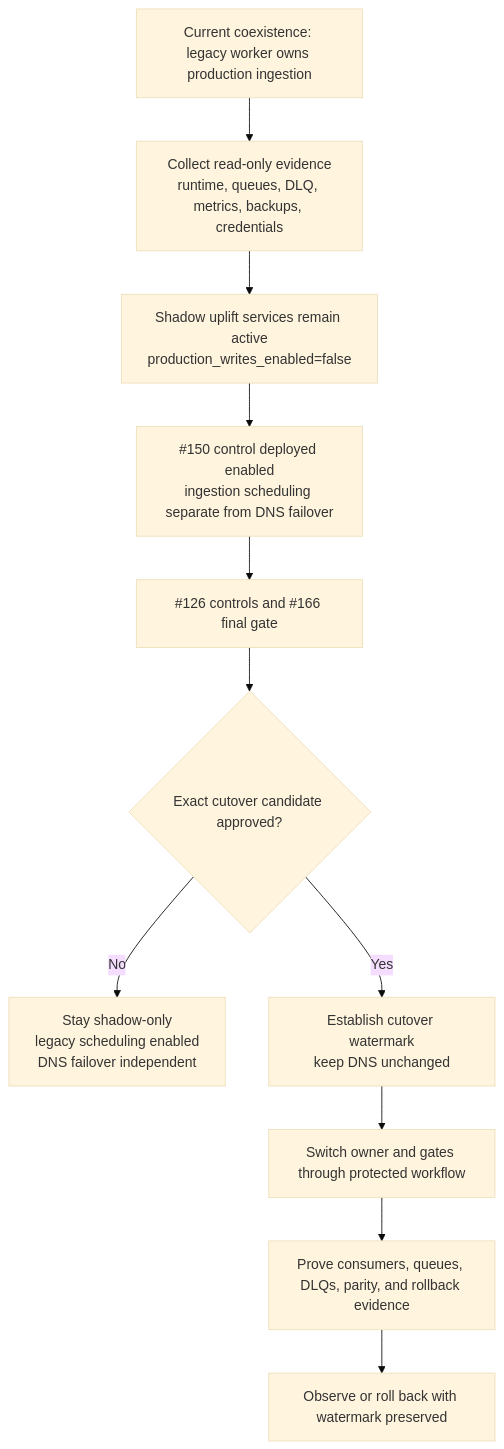
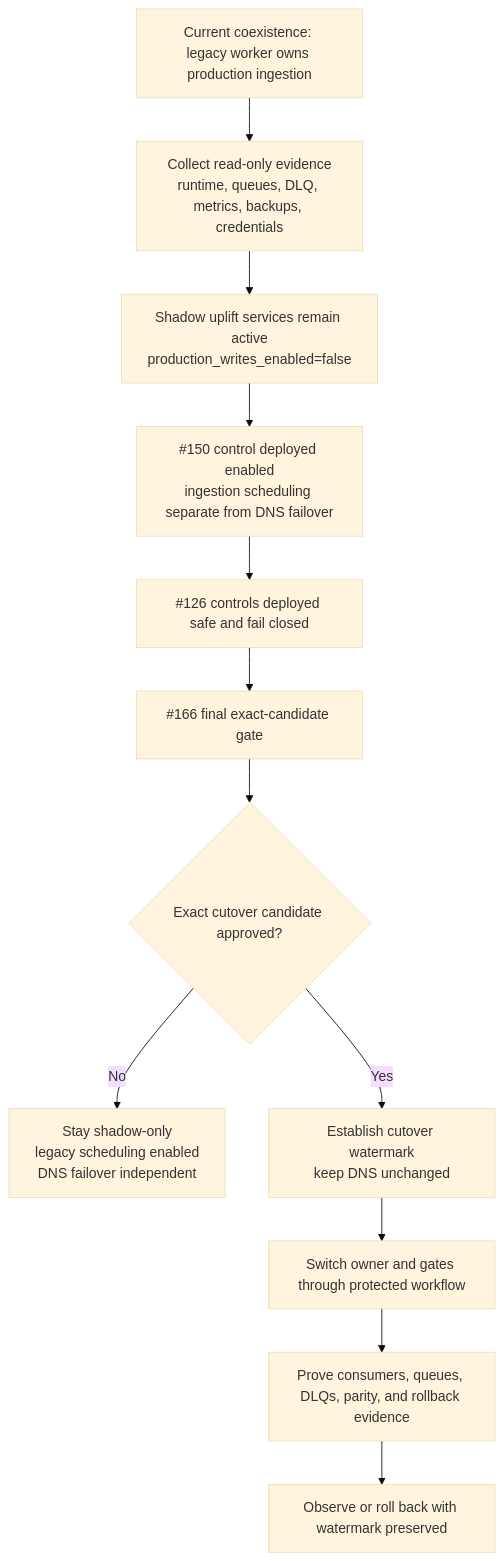
One commit to ramideltoro/nutsnews-docs changed the diagram in diagrams/NUTSNEWS_WORKER_UPLIFT_OPERATIONS_CUTOVER_GUIDE.mmd. Above: the diagram before and after it, drawn with Mermaid (base theme). The commit also changed 3 other files, not shown here.

Commit message:
docs(worker-uplift): record reversible cutover controls

```diff
--- a/diagrams/NUTSNEWS_WORKER_UPLIFT_OPERATIONS_CUTOVER_GUIDE.mmd
+++ b/diagrams/NUTSNEWS_WORKER_UPLIFT_OPERATIONS_CUTOVER_GUIDE.mmd
@@ -1,18 +1,19 @@
 flowchart TD
   accTitle: Worker uplift operating state and future cutover gates
   accDescr {
     The diagram shows that legacy ingestion remains the production owner while operators
     gather read-only evidence and keep the uplift shadow-only. Future cutover can only
-    happen after separate approved controls are added, the DNS failover system stays
+    happen after the implemented controls pass the separate final gate, while DNS failover stays
     independent, and a reversible watermark-based switch is proven.
   }
   A[Current coexistence: legacy worker owns production ingestion] --> B[Collect read-only evidence\nruntime, queues, DLQ, metrics, backups, credentials]
   B --> C[Shadow uplift services remain active\nproduction_writes_enabled=false]
   C --> D[#150 control deployed enabled\ningestion scheduling separate from DNS failover]
-  D --> E[#126 controls and #166 final gate]
-  E --> F{Exact cutover candidate approved?}
+  D --> E[#126 controls deployed safe and fail closed]
+  E --> L[#166 final exact-candidate gate]
+  L --> F{Exact cutover candidate approved?}
   F -- No --> G[Stay shadow-only\nlegacy scheduling enabled\nDNS failover independent]
   F -- Yes --> H[Establish cutover watermark\nkeep DNS unchanged]
   H --> I[Switch owner and gates through protected workflow]
   I --> J[Prove consumers, queues, DLQs, parity, and rollback evidence]
   J --> K[Observe or roll back with watermark preserved]
```
